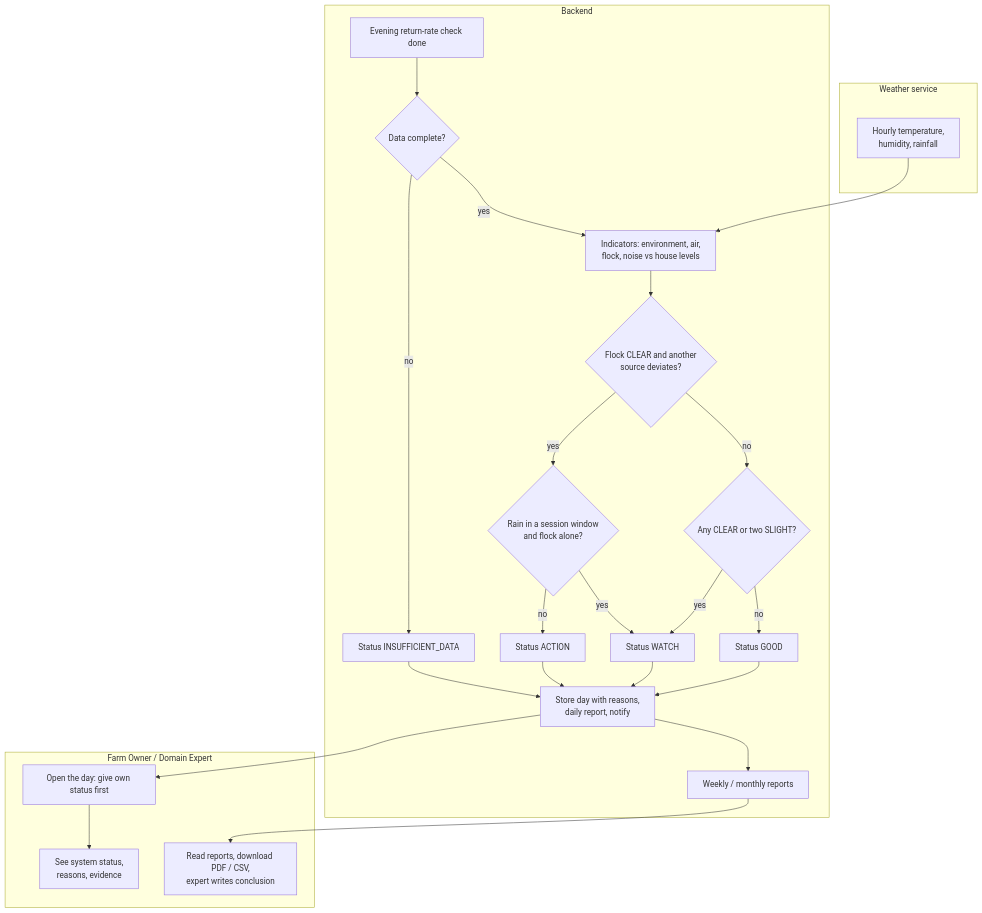
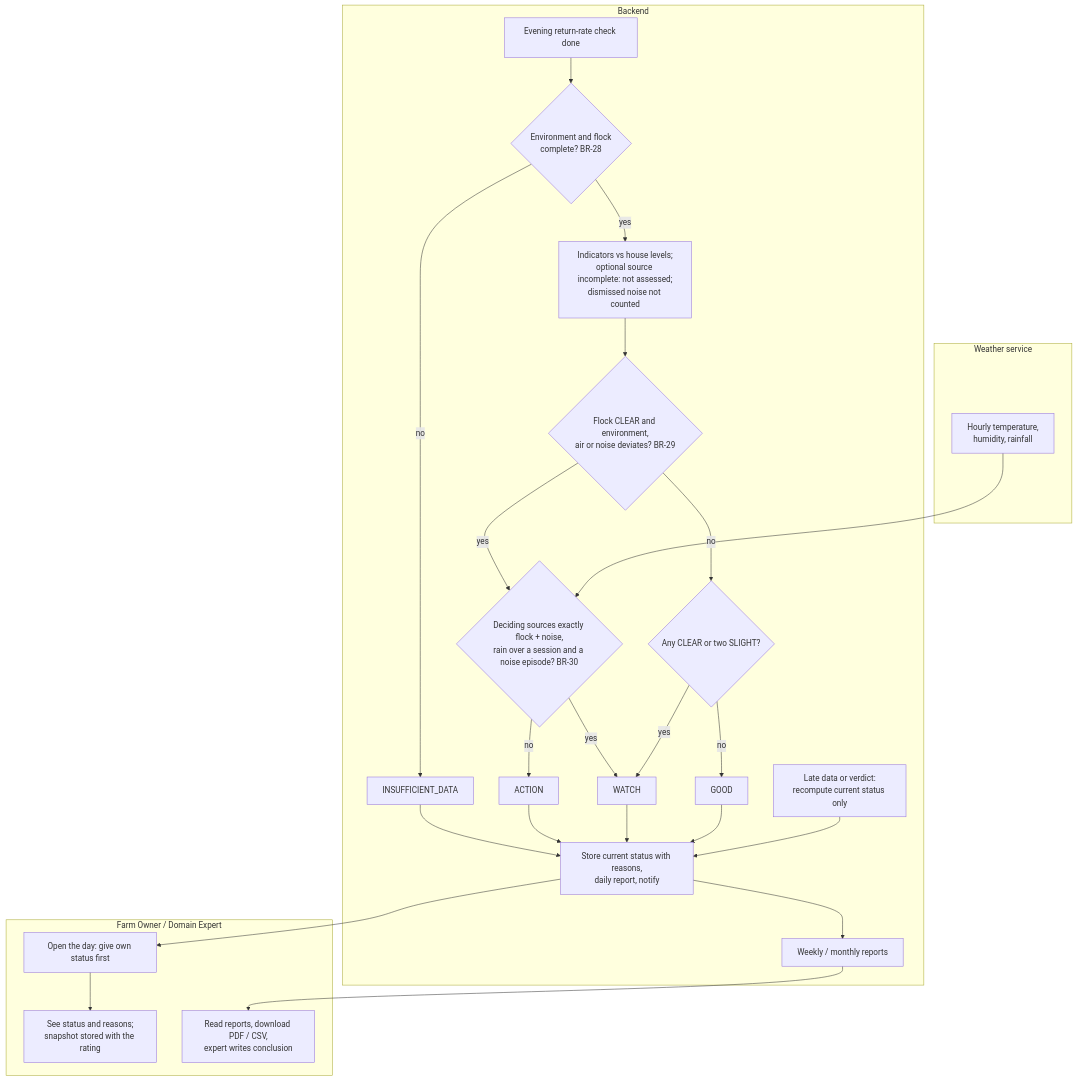
One commit to NBao261/SwiftletCare_KLTN changed diagram 34 of 35 in docs/reports/report4-sdd.md. Above: the diagram before and after it, drawn with Mermaid. The commit also changed other lines of this file and 21 other files, not shown here.

````diff
--- a/docs/reports/report4-sdd.md
+++ b/docs/reports/report4-sdd.md
@@ -1218,31 +1342,33 @@
 ```mermaid
 flowchart TB
   subgraph W[Weather service]
     W1[Hourly temperature,<br/>humidity, rainfall]
   end
   subgraph B[Backend]
-    B1[Evening return-rate check done] --> B2{Data complete?}
-    B2 -- no --> B3[Status INSUFFICIENT_DATA]
-    B2 -- yes --> B4[Indicators: environment, air,<br/>flock, noise vs house levels]
-    B4 --> B5{Flock CLEAR and another<br/>source deviates?}
-    B5 -- yes --> B6{Rain in a session window<br/>and flock alone?}
-    B6 -- no --> B7[Status ACTION]
-    B6 -- yes --> B8[Status WATCH]
+    B1[Evening return-rate check done] --> B2{Environment and flock<br/>complete? BR-28}
+    B2 -- no --> B3[INSUFFICIENT_DATA]
+    B2 -- yes --> B4[Indicators vs house levels;<br/>optional source incomplete: not assessed;<br/>dismissed noise not counted]
+    B4 --> B5{Flock CLEAR and environment,<br/>air or noise deviates? BR-29}
+    B5 -- yes --> B6{Deciding sources exactly flock + noise,<br/>rain over a session and a noise episode? BR-30}
+    B6 -- no --> B7[ACTION]
+    B6 -- yes --> B8[WATCH]
     B5 -- no --> B9{Any CLEAR or two SLIGHT?}
     B9 -- yes --> B8
-    B9 -- no --> B10[Status GOOD]
-    B11[Store day with reasons,<br/>daily report, notify]
+    B9 -- no --> B10[GOOD]
+    B11[Store current status with reasons,<br/>daily report, notify]
     B12[Weekly / monthly reports]
+    B13[Late data or verdict:<br/>recompute current status only]
   end
   subgraph A[Farm Owner / Domain Expert]
-    A1[Open the day: give own status first] --> A2[See system status,<br/>reasons, evidence]
+    A1[Open the day: give own status first] --> A2[See status and reasons;<br/>snapshot stored with the rating]
     A3[Read reports, download PDF / CSV,<br/>expert writes conclusion]
   end
-  W1 --> B4
+  W1 --> B6
   B3 --> B11
   B7 --> B11
   B8 --> B11
   B10 --> B11
   B11 --> A1
   B11 --> B12 --> A3
+  B13 --> B11
 ```
````
